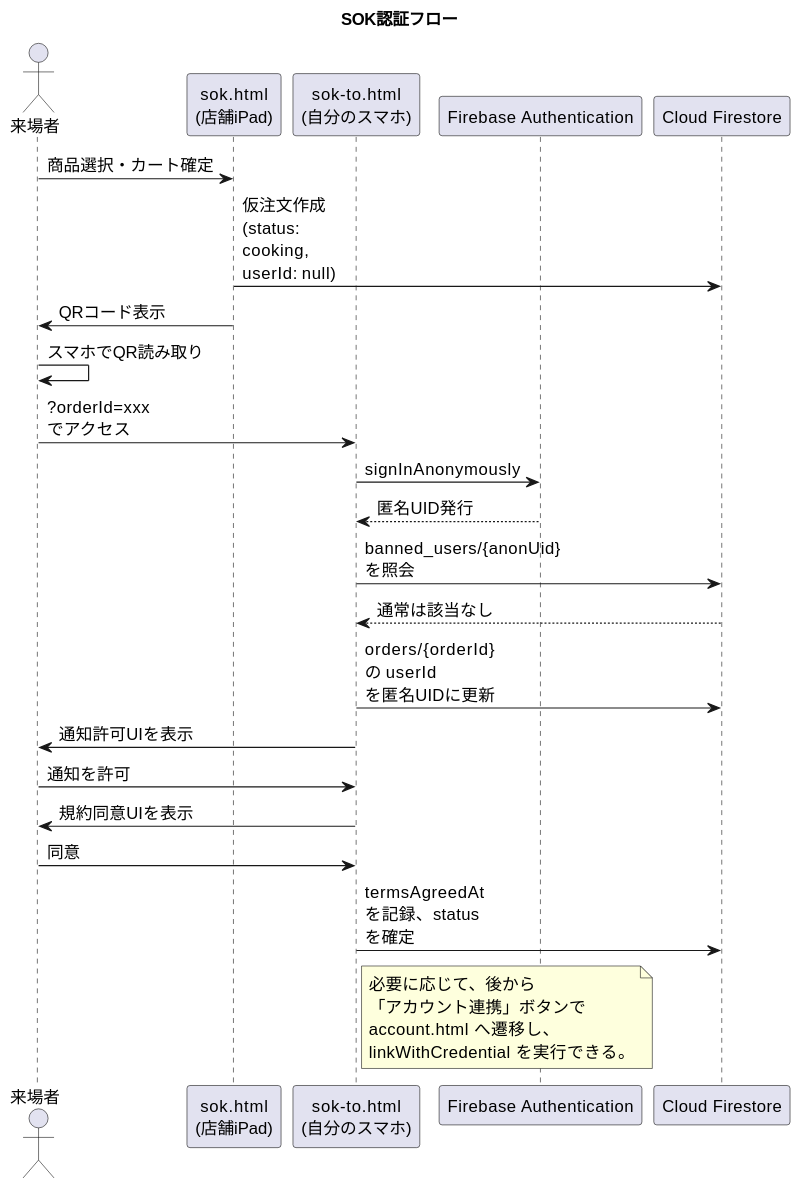
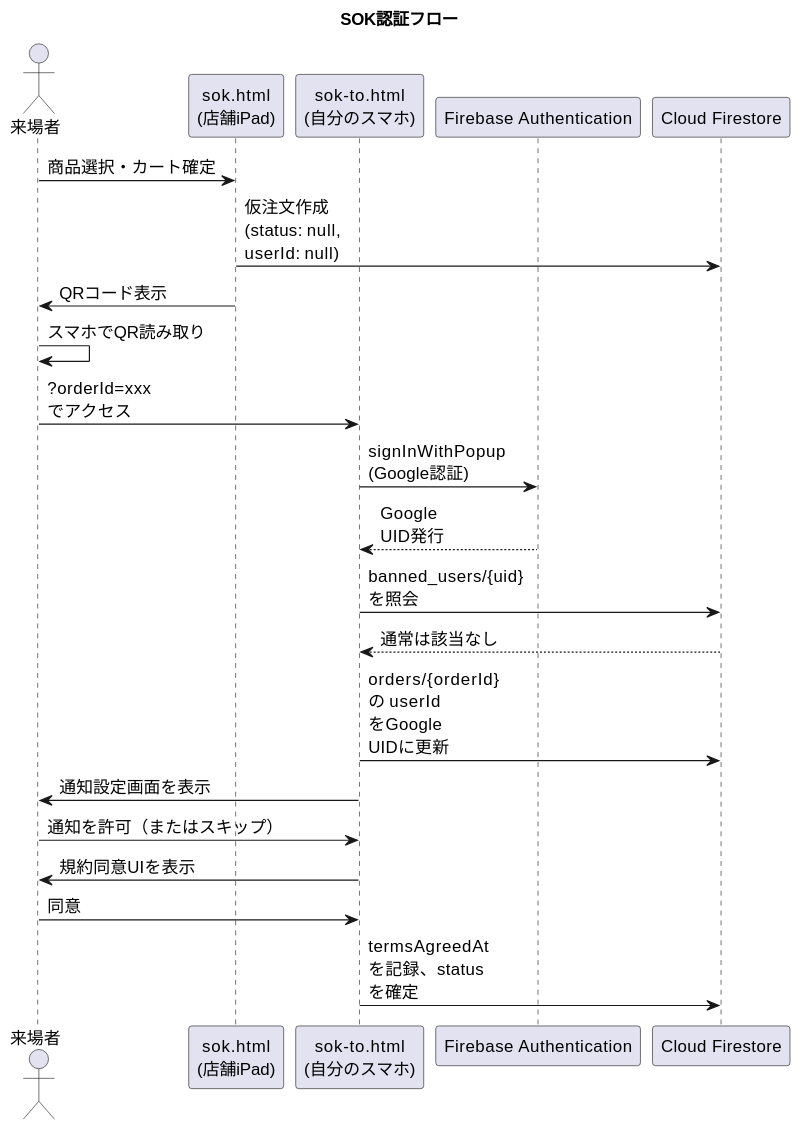
Before and after one commit to ynr-cs/nanryosai2026: the fourth of 17 diagrams in 設計図/南陵祭2026 POS・モバイルオーダーシステム 設計計画書.md, drawn with PlantUML. The commit also changed other lines of this file and 14 other files, not shown here.

````diff
--- a/設計図/南陵祭2026 POS・モバイルオーダーシステム 設計計画書.md
+++ b/設計図/南陵祭2026 POS・モバイルオーダーシステム 設計計画書.md
@@ -873,43 +826,36 @@
 ```plantuml
 @startuml auth_flow_sok
 title SOK認証フロー
 
 scale 800 width
 skinparam defaultFontSize 14
 skinparam maxMessageSize 80
 
 actor 来場者 as Visitor
 participant "sok.html\n(店舗iPad)" as SOK
 participant "sok-to.html\n(自分のスマホ)" as SOKTo
 participant "Firebase Authentication" as Auth
 participant "Cloud Firestore" as Firestore
 
 Visitor -> SOK: 商品選択・カート確定
-SOK -> Firestore: 仮注文作成 (status: cooking, userId: null)
+SOK -> Firestore: 仮注文作成 (status: null, userId: null)
 SOK -> Visitor: QRコード表示
 
 Visitor -> Visitor: スマホでQR読み取り
 Visitor -> SOKTo: ?orderId=xxx でアクセス
 
-SOKTo -> Auth: signInAnonymously
-Auth --> SOKTo: 匿名UID発行
+SOKTo -> Auth: signInWithPopup (Google認証)
+Auth --> SOKTo: Google UID発行
 
-SOKTo -> Firestore: banned_users/{anonUid} を照会
+SOKTo -> Firestore: banned_users/{uid} を照会
 Firestore --> SOKTo: 通常は該当なし
 
-SOKTo -> Firestore: orders/{orderId} の userId を匿名UIDに更新
-SOKTo -> Visitor: 通知許可UIを表示
-Visitor -> SOKTo: 通知を許可
+SOKTo -> Firestore: orders/{orderId} の userId をGoogle UIDに更新
+SOKTo -> Visitor: 通知設定画面を表示
+Visitor -> SOKTo: 通知を許可（またはスキップ）
 SOKTo -> Visitor: 規約同意UIを表示
 Visitor -> SOKTo: 同意
 SOKTo -> Firestore: termsAgreedAt を記録、status を確定
 
-note right of SOKTo
-  必要に応じて、後から
-  「アカウント連携」ボタンで
-  account.html へ遷移し、
-  linkWithCredential を実行できる。
-end note
-
 @enduml
 ```
````
